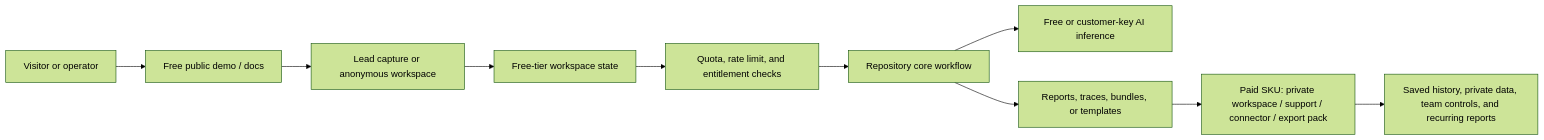
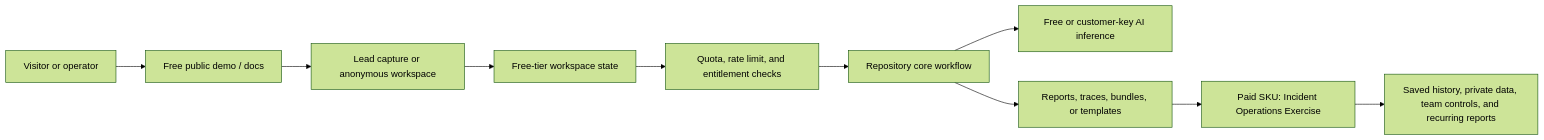
Before and after one commit to KIM3310/security-threat-response-workbench: the diagram in docs/revenue-architecture.md, drawn with Mermaid (forest theme). The commit also changed other lines of this file and 13 other files, not shown here.

````diff
--- a/docs/revenue-architecture.md
+++ b/docs/revenue-architecture.md
@@ -31,12 +32,12 @@
 ```mermaid
 flowchart LR
   Visitor["Visitor or operator"] --> Demo["Free public demo / docs"]
   Demo --> Capture["Lead capture or anonymous workspace"]
   Capture --> Workspace["Free-tier workspace state"]
   Workspace --> Meter["Quota, rate limit, and entitlement checks"]
   Meter --> Core["Repository core workflow"]
   Core --> AI["Free or customer-key AI inference"]
   Core --> Export["Reports, traces, bundles, or templates"]
-  Export --> Upgrade["Paid SKU: private workspace / support / connector / export pack"]
+  Export --> Upgrade["Paid SKU: Incident Operations Exercise"]
   Upgrade --> Retention["Saved history, private data, team controls, and recurring reports"]
 ```
````
